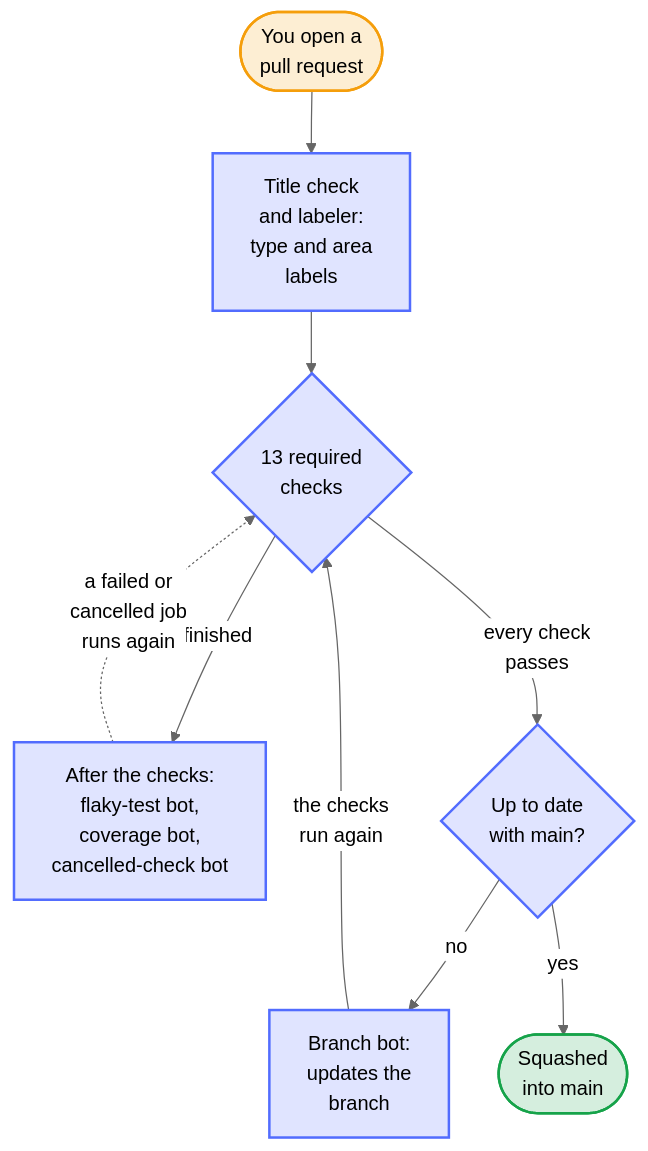
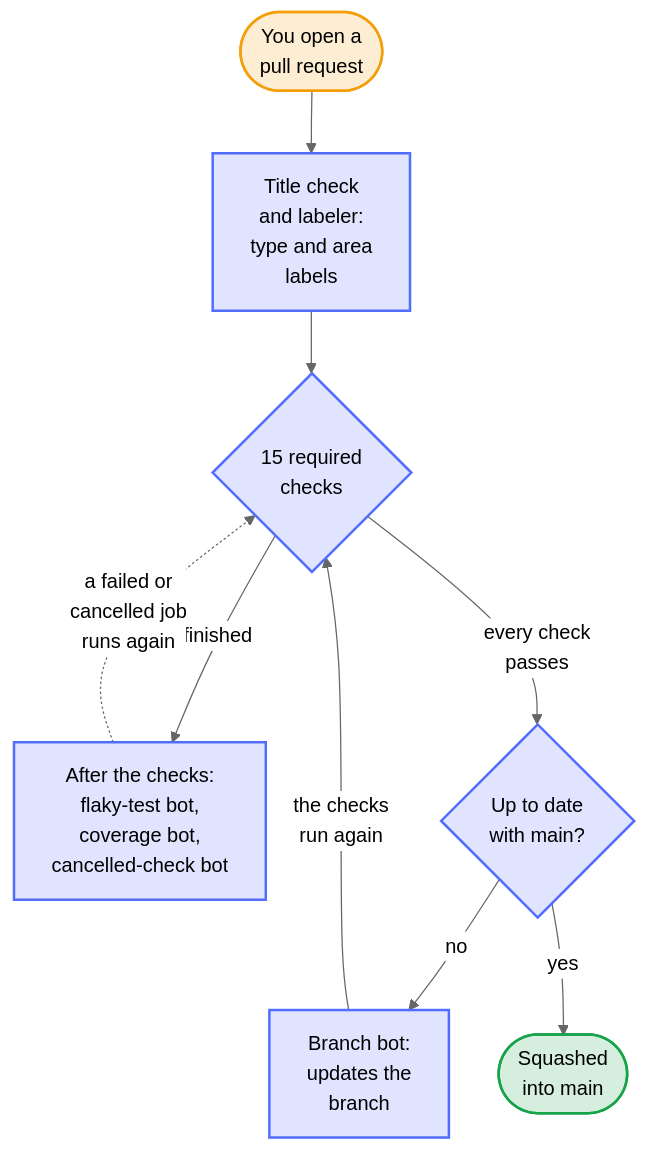
The diagram in docs/diagrams/the-way-of-a-pull-request-into-main.mmd (Dennis-Otto/paperless-sync), drawn with Mermaid (neutral theme) before and after one commit. The commit also changed 29 other files, not shown here.

First line of the commit message:
test(e2e): run the background job, cover restore, conflict and vanished documents, and test PostgreSQL, MariaDB and S3 (#95)

```diff
--- a/docs/diagrams/the-way-of-a-pull-request-into-main.mmd
+++ b/docs/diagrams/the-way-of-a-pull-request-into-main.mmd
@@ -1,31 +1,31 @@
 ---
 config:
   flowchart:
     nodeSpacing: 24
 ---
 flowchart TB
     accTitle: The way of a pull request into main
-    accDescr: You open a pull request. The title check and the labeler give it the labels of its type and its areas, and the 13 required checks run. After they finish, the flaky-test bot runs a failed job once more, the cancelled-check bot restarts a run that a late run cancelled, and the coverage bot comments with the coverage against main; a job that runs again goes back to the checks. Once every check passes, the pull request merges if it is up to date with main; otherwise the branch bot updates its branch and the checks run again. It is then squashed into main. You are orange, the bots blue, and main green.
+    accDescr: You open a pull request. The title check and the labeler give it the labels of its type and its areas, and the 15 required checks run. After they finish, the flaky-test bot runs a failed job once more, the cancelled-check bot restarts a run that a late run cancelled, and the coverage bot comments with the coverage against main; a job that runs again goes back to the checks. Once every check passes, the pull request merges if it is up to date with main; otherwise the branch bot updates its branch and the checks run again. It is then squashed into main. You are orange, the bots blue, and main green.
 
     pr(["You open a<br>pull request"])
     labels["Title check<br>and labeler:<br>type and area<br>labels"]
-    checks{"13 required<br>checks"}
+    checks{"15 required<br>checks"}
     after["After the checks:<br>flaky-test bot,<br>coverage bot,<br>cancelled-check bot"]
     current{"Up to date<br>with main?"}
     branch["Branch bot:<br>updates the<br>branch"]
     main(["Squashed<br>into main"])
 
     pr --> labels --> checks
     checks -- "finished" --> after
     after -. "a failed or<br>cancelled job<br>runs again" .-> checks
     checks -- "every check<br>passes" --> current
     current -- "no" --> branch
     branch -- "the checks<br>run again" --> checks
     current -- "yes" --> main
 
     classDef yours fill:#f59e0b2e,stroke:#f59e0b,stroke-width:2px
     classDef bots fill:#526cfe2e,stroke:#526cfe,stroke-width:2px
     classDef result fill:#16a34a2e,stroke:#16a34a,stroke-width:2px
     class pr yours
     class labels,checks,after,current,branch bots
     class main result
```
